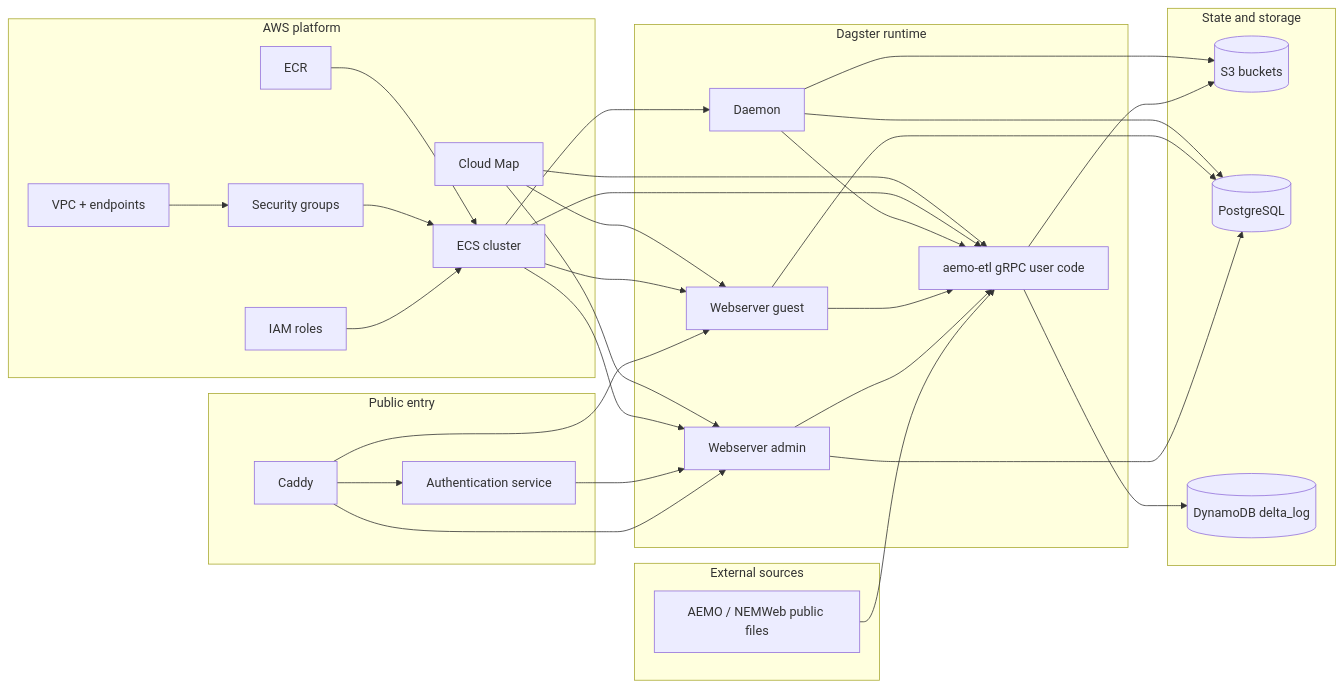
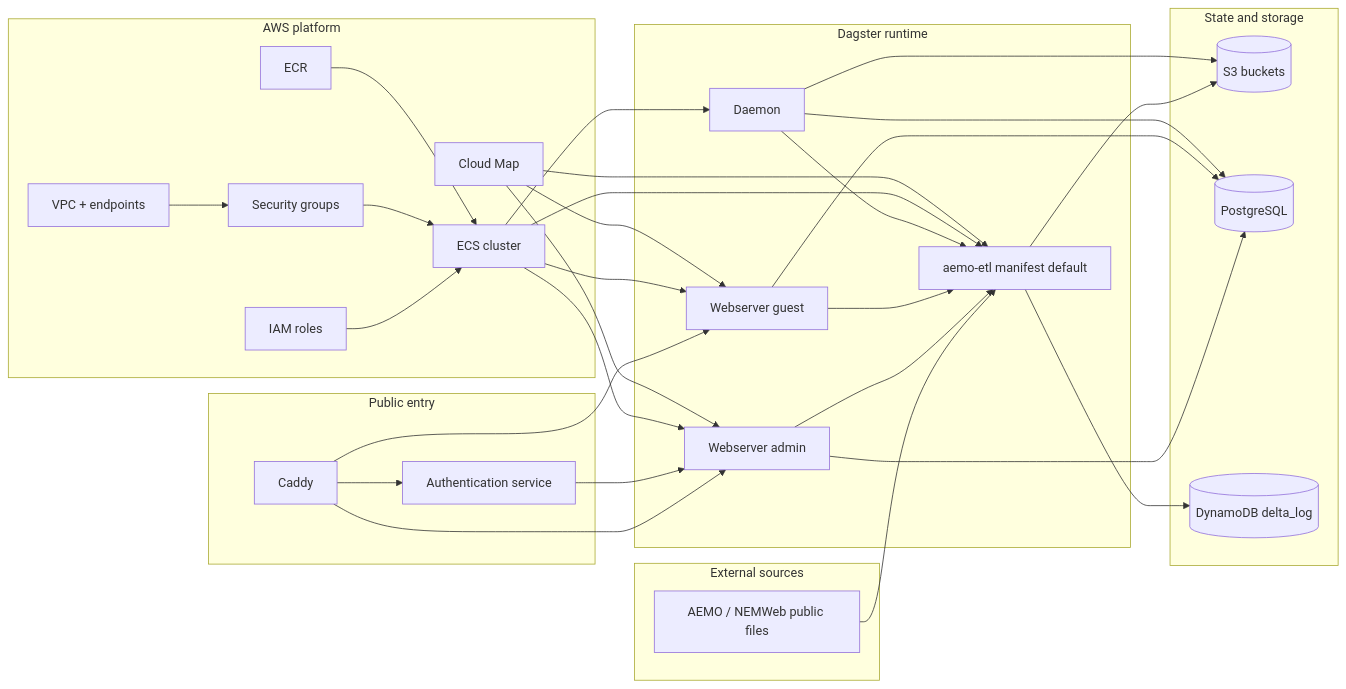
Before and after one commit to Chr1sC0de/energy-market-delta-lake: the first of 2 diagrams in docs/repository/architecture.md, drawn with Mermaid. The commit also changed other lines of this file and 23 other files, not shown here.

Commit message:
Implement issue #153: Prototype manifest-driven AWS Dagster code-location deployment

````diff
--- a/docs/repository/architecture.md
+++ b/docs/repository/architecture.md
@@ -16,59 +16,59 @@
 ```mermaid
 flowchart LR
   subgraph Sources[External sources]
     SRC[AEMO / NEMWeb public files]
   end
 
   subgraph Public[Public entry]
     C[Caddy]
     AUTH[Authentication service]
   end
 
   subgraph Dagster[Dagster runtime]
     ADMIN[Webserver admin]
     GUEST[Webserver guest]
     DAEMON[Daemon]
-    USERCODE[aemo-etl gRPC user code]
+    USERCODE[aemo-etl manifest default]
   end
 
   subgraph Data[State and storage]
     S3[(S3 buckets)]
     PG[(PostgreSQL)]
     DDB[(DynamoDB delta_log)]
   end
 
   subgraph AWS[AWS platform]
     VPC[VPC + endpoints]
     ECS[ECS cluster]
     CM[Cloud Map]
     ECR[ECR]
     IAM[IAM roles]
     SG[Security groups]
   end
 
   SRC --> USERCODE
   C --> AUTH
   C --> ADMIN
   C --> GUEST
   AUTH --> ADMIN
   ADMIN --> USERCODE
   GUEST --> USERCODE
   DAEMON --> USERCODE
   USERCODE --> S3
   DAEMON --> S3
   USERCODE --> DDB
   ADMIN --> PG
   GUEST --> PG
   DAEMON --> PG
   VPC --> SG
   IAM --> ECS
   SG --> ECS
   ECR --> ECS
   ECS --> ADMIN
   ECS --> GUEST
   ECS --> DAEMON
   ECS --> USERCODE
   CM --> ADMIN
   CM --> GUEST
   CM --> USERCODE
 ```
````
